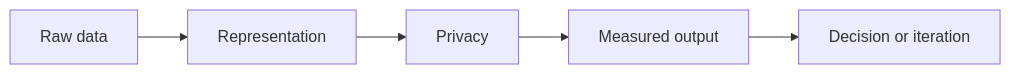
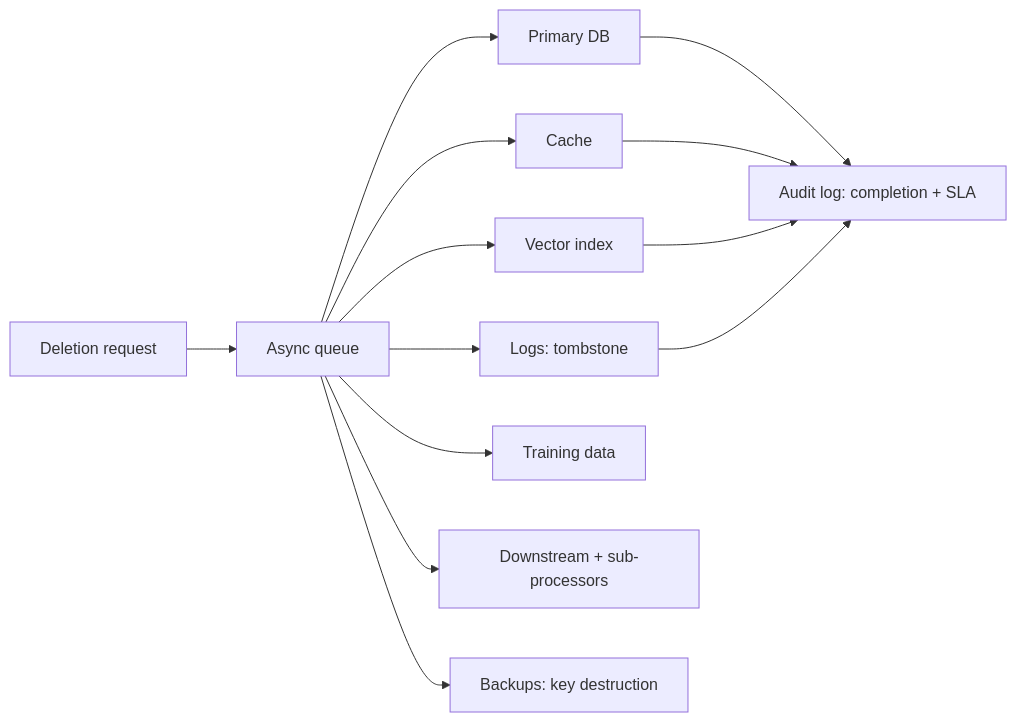
Before and after one commit to Icon1cc/Machine-Learning: the diagram in ethics-safety/03-privacy.md, drawn with Mermaid. The commit also changed other lines of this file and 264 other files, not shown here.

````diff
--- a/ethics-safety/03-privacy.md
+++ b/ethics-safety/03-privacy.md
@@ -92,7 +340,15 @@
 ```mermaid
 flowchart LR
-    A[Raw data] --> B[Representation]
-    B --> C[Privacy]
-    C --> D[Measured output]
-    D --> E[Decision or iteration]
+    Req[Deletion request] --> Q[Async queue]
+    Q --> DB[Primary DB]
+    Q --> C[Cache]
+    Q --> V[Vector index]
+    Q --> L[Logs: tombstone]
+    Q --> T[Training data]
+    Q --> D[Downstream + sub-processors]
+    Q --> B[Backups: key destruction]
+    DB --> A[Audit log: completion + SLA]
+    C --> A
+    V --> A
+    L --> A
 ```
````
